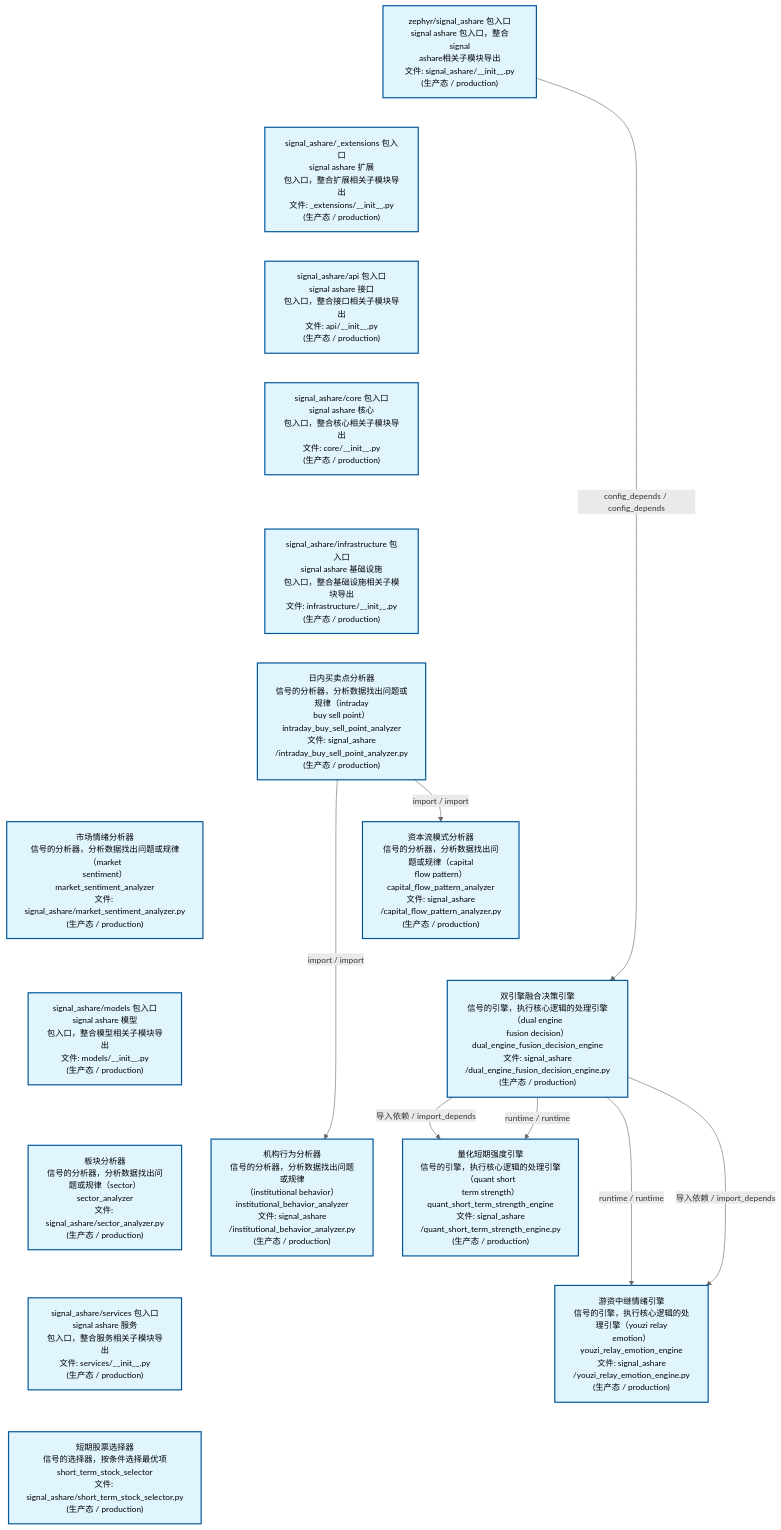
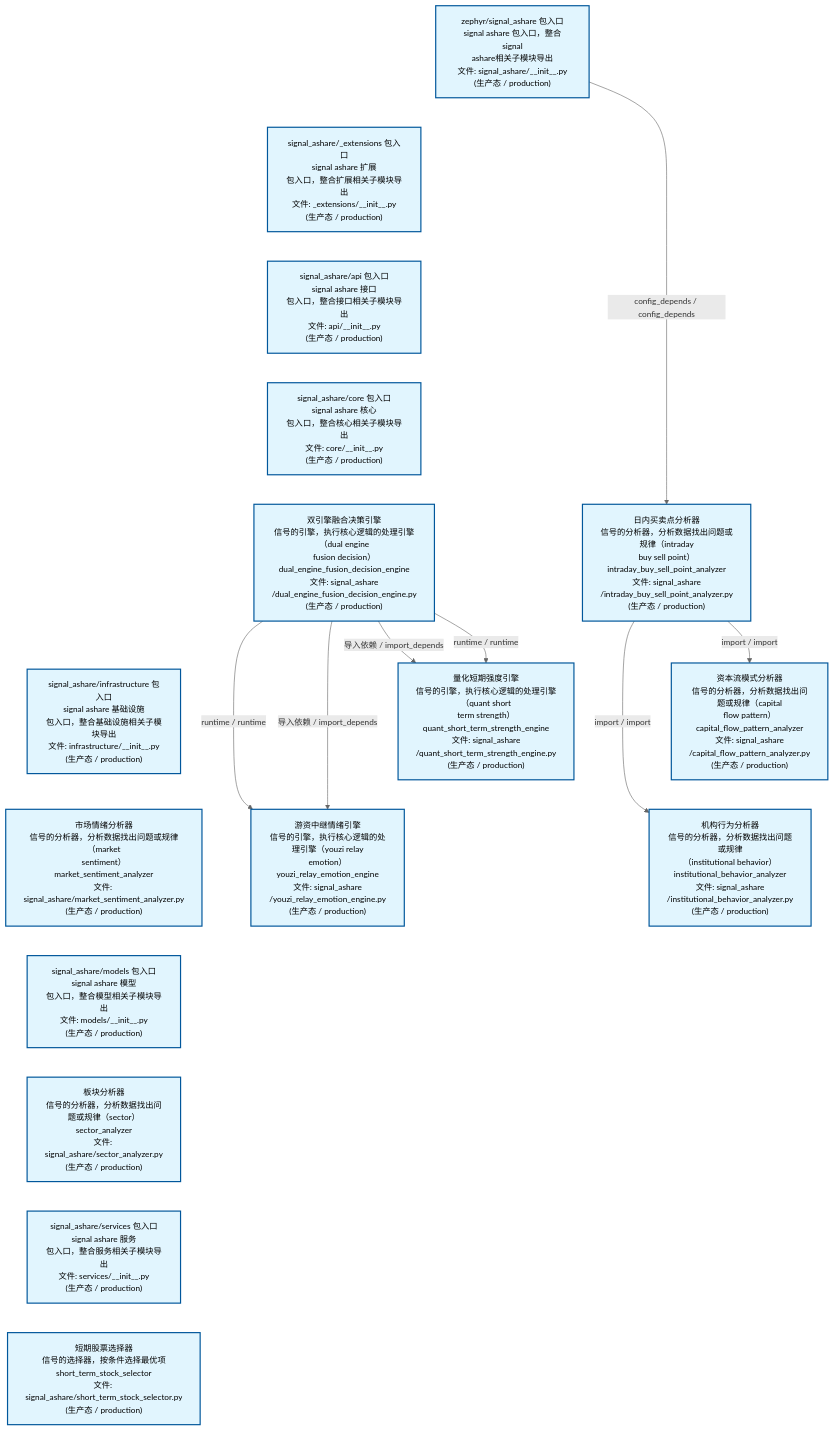
The second of 4 diagrams in docs/02_enterprise_architecture/02_domain_architecture_docs/32_d_ashare_signal.md (xuanFelixVan/ZephyrAlpha), drawn with Mermaid before and after one commit. The commit also changed other lines of this file and 43 other files, not shown here.

````diff
--- a/docs/02_enterprise_architecture/02_domain_architecture_docs/32_d_ashare_signal.md
+++ b/docs/02_enterprise_architecture/02_domain_architecture_docs/32_d_ashare_signal.md
@@ -111,45 +111,45 @@
 ```mermaid
 %%{init: {'theme': 'base', 'themeVariables': {'primaryColor': '#eaeaea', 'primaryTextColor': '#333333', 'primaryBorderColor': '#666666', 'lineColor': '#666666', 'secondaryColor': '#eaeaea', 'tertiaryColor': '#eaeaea', 'fontSize': '14px'}}}%%
 flowchart TD
     src_zephyr_signal_ashare_init_py["zephyr/signal_ashare 包入口<br/>signal ashare 包入口，整合signal<br/>ashare相关子模块导出<br/>文件: signal_ashare/__init__.py<br/>(生产态 / production)"]
     src_zephyr_signal_ashare_extensions_init_py["signal_ashare/_extensions 包入口<br/>signal ashare 扩展<br/>包入口，整合扩展相关子模块导出<br/>文件: _extensions/__init__.py<br/>(生产态 / production)"]
     src_zephyr_signal_ashare_api_init_py["signal_ashare/api 包入口<br/>signal ashare 接口<br/>包入口，整合接口相关子模块导出<br/>文件: api/__init__.py<br/>(生产态 / production)"]
     src_zephyr_signal_ashare_core_init_py["signal_ashare/core 包入口<br/>signal ashare 核心<br/>包入口，整合核心相关子模块导出<br/>文件: core/__init__.py<br/>(生产态 / production)"]
+    src_zephyr_signal_ashare_dual_engine_fusion_decision_engine_py["双引擎融合决策引擎<br/>信号的引擎，执行核心逻辑的处理引擎（dual engine<br/>fusion decision）<br/>dual_engine_fusion_decision_engine<br/>文件: signal_ashare<br/>/dual_engine_fusion_decision_engine.py<br/>(生产态 / production)"]
     src_zephyr_signal_ashare_infrastructure_init_py["signal_ashare/infrastructure 包入口<br/>signal ashare 基础设施<br/>包入口，整合基础设施相关子模块导出<br/>文件: infrastructure/__init__.py<br/>(生产态 / production)"]
-    src_zephyr_signal_ashare_intraday_buy_sell_point_analyzer_py["日内买卖点分析器<br/>信号的分析器，分析数据找出问题或规律（intraday<br/>buy sell point）<br/>intraday_buy_sell_point_analyzer<br/>文件: signal_ashare<br/>/intraday_buy_sell_point_analyzer.py<br/>(生产态 / production)"]
     src_zephyr_signal_ashare_market_sentiment_analyzer_py["市场情绪分析器<br/>信号的分析器，分析数据找出问题或规律（market<br/>sentiment）<br/>market_sentiment_analyzer<br/>文件: signal_ashare/market_sentiment_analyzer.py<br/>(生产态 / production)"]
     src_zephyr_signal_ashare_models_init_py["signal_ashare/models 包入口<br/>signal ashare 模型<br/>包入口，整合模型相关子模块导出<br/>文件: models/__init__.py<br/>(生产态 / production)"]
     src_zephyr_signal_ashare_sector_analyzer_py["板块分析器<br/>信号的分析器，分析数据找出问题或规律（sector）<br/>sector_analyzer<br/>文件: signal_ashare/sector_analyzer.py<br/>(生产态 / production)"]
     src_zephyr_signal_ashare_services_init_py["signal_ashare/services 包入口<br/>signal ashare 服务<br/>包入口，整合服务相关子模块导出<br/>文件: services/__init__.py<br/>(生产态 / production)"]
     src_zephyr_signal_ashare_short_term_stock_selector_py["短期股票选择器<br/>信号的选择器，按条件选择最优项<br/>short_term_stock_selector<br/>文件: signal_ashare/short_term_stock_selector.py<br/>(生产态 / production)"]
     src_zephyr_signal_ashare_init_py ~~~ src_zephyr_signal_ashare_extensions_init_py
     src_zephyr_signal_ashare_extensions_init_py ~~~ src_zephyr_signal_ashare_api_init_py
     src_zephyr_signal_ashare_api_init_py ~~~ src_zephyr_signal_ashare_core_init_py
-    src_zephyr_signal_ashare_core_init_py ~~~ src_zephyr_signal_ashare_infrastructure_init_py
-    src_zephyr_signal_ashare_infrastructure_init_py ~~~ src_zephyr_signal_ashare_intraday_buy_sell_point_analyzer_py
-    src_zephyr_signal_ashare_intraday_buy_sell_point_analyzer_py ~~~ src_zephyr_signal_ashare_market_sentiment_analyzer_py
+    src_zephyr_signal_ashare_core_init_py ~~~ src_zephyr_signal_ashare_dual_engine_fusion_decision_engine_py
+    src_zephyr_signal_ashare_dual_engine_fusion_decision_engine_py ~~~ src_zephyr_signal_ashare_infrastructure_init_py
+    src_zephyr_signal_ashare_infrastructure_init_py ~~~ src_zephyr_signal_ashare_market_sentiment_analyzer_py
     src_zephyr_signal_ashare_market_sentiment_analyzer_py ~~~ src_zephyr_signal_ashare_models_init_py
     src_zephyr_signal_ashare_models_init_py ~~~ src_zephyr_signal_ashare_sector_analyzer_py
     src_zephyr_signal_ashare_sector_analyzer_py ~~~ src_zephyr_signal_ashare_services_init_py
     src_zephyr_signal_ashare_services_init_py ~~~ src_zephyr_signal_ashare_short_term_stock_selector_py
-    src_zephyr_signal_ashare_capital_flow_pattern_analyzer_py["资本流模式分析器<br/>信号的分析器，分析数据找出问题或规律（capital<br/>flow pattern）<br/>capital_flow_pattern_analyzer<br/>文件: signal_ashare<br/>/capital_flow_pattern_analyzer.py<br/>(生产态 / production)"]
-    src_zephyr_signal_ashare_dual_engine_fusion_decision_engine_py["双引擎融合决策引擎<br/>信号的引擎，执行核心逻辑的处理引擎（dual engine<br/>fusion decision）<br/>dual_engine_fusion_decision_engine<br/>文件: signal_ashare<br/>/dual_engine_fusion_decision_engine.py<br/>(生产态 / production)"]
-    src_zephyr_signal_ashare_institutional_behavior_analyzer_py["机构行为分析器<br/>信号的分析器，分析数据找出问题或规律<br/>（institutional behavior）<br/>institutional_behavior_analyzer<br/>文件: signal_ashare<br/>/institutional_behavior_analyzer.py<br/>(生产态 / production)"]
-    src_zephyr_signal_ashare_capital_flow_pattern_analyzer_py ~~~ src_zephyr_signal_ashare_dual_engine_fusion_decision_engine_py
-    src_zephyr_signal_ashare_dual_engine_fusion_decision_engine_py ~~~ src_zephyr_signal_ashare_institutional_behavior_analyzer_py
+    src_zephyr_signal_ashare_intraday_buy_sell_point_analyzer_py["日内买卖点分析器<br/>信号的分析器，分析数据找出问题或规律（intraday<br/>buy sell point）<br/>intraday_buy_sell_point_analyzer<br/>文件: signal_ashare<br/>/intraday_buy_sell_point_analyzer.py<br/>(生产态 / production)"]
     src_zephyr_signal_ashare_quant_short_term_strength_engine_py["量化短期强度引擎<br/>信号的引擎，执行核心逻辑的处理引擎（quant short<br/>term strength）<br/>quant_short_term_strength_engine<br/>文件: signal_ashare<br/>/quant_short_term_strength_engine.py<br/>(生产态 / production)"]
     src_zephyr_signal_ashare_youzi_relay_emotion_engine_py["游资中继情绪引擎<br/>信号的引擎，执行核心逻辑的处理引擎（youzi relay<br/>emotion）<br/>youzi_relay_emotion_engine<br/>文件: signal_ashare<br/>/youzi_relay_emotion_engine.py<br/>(生产态 / production)"]
+    src_zephyr_signal_ashare_intraday_buy_sell_point_analyzer_py ~~~ src_zephyr_signal_ashare_quant_short_term_strength_engine_py
     src_zephyr_signal_ashare_quant_short_term_strength_engine_py ~~~ src_zephyr_signal_ashare_youzi_relay_emotion_engine_py
+    src_zephyr_signal_ashare_capital_flow_pattern_analyzer_py["资本流模式分析器<br/>信号的分析器，分析数据找出问题或规律（capital<br/>flow pattern）<br/>capital_flow_pattern_analyzer<br/>文件: signal_ashare<br/>/capital_flow_pattern_analyzer.py<br/>(生产态 / production)"]
+    src_zephyr_signal_ashare_institutional_behavior_analyzer_py["机构行为分析器<br/>信号的分析器，分析数据找出问题或规律<br/>（institutional behavior）<br/>institutional_behavior_analyzer<br/>文件: signal_ashare<br/>/institutional_behavior_analyzer.py<br/>(生产态 / production)"]
+    src_zephyr_signal_ashare_capital_flow_pattern_analyzer_py ~~~ src_zephyr_signal_ashare_institutional_behavior_analyzer_py
+    src_zephyr_signal_ashare_intraday_buy_sell_point_analyzer_py -->|import / import| src_zephyr_signal_ashare_institutional_behavior_analyzer_py
+    src_zephyr_signal_ashare_intraday_buy_sell_point_analyzer_py -->|import / import| src_zephyr_signal_ashare_capital_flow_pattern_analyzer_py
+    src_zephyr_signal_ashare_dual_engine_fusion_decision_engine_py -->|runtime / runtime| src_zephyr_signal_ashare_quant_short_term_strength_engine_py
+    src_zephyr_signal_ashare_dual_engine_fusion_decision_engine_py -->|导入依赖 / import_depends| src_zephyr_signal_ashare_quant_short_term_strength_engine_py
+    src_zephyr_signal_ashare_dual_engine_fusion_decision_engine_py -->|导入依赖 / import_depends| src_zephyr_signal_ashare_youzi_relay_emotion_engine_py
     src_zephyr_signal_ashare_dual_engine_fusion_decision_engine_py -->|runtime / runtime| src_zephyr_signal_ashare_youzi_relay_emotion_engine_py
-    src_zephyr_signal_ashare_dual_engine_fusion_decision_engine_py -->|导入依赖 / import_depends| src_zephyr_signal_ashare_youzi_relay_emotion_engine_py
-    src_zephyr_signal_ashare_dual_engine_fusion_decision_engine_py -->|导入依赖 / import_depends| src_zephyr_signal_ashare_quant_short_term_strength_engine_py
-    src_zephyr_signal_ashare_dual_engine_fusion_decision_engine_py -->|runtime / runtime| src_zephyr_signal_ashare_quant_short_term_strength_engine_py
-    src_zephyr_signal_ashare_intraday_buy_sell_point_analyzer_py -->|import / import| src_zephyr_signal_ashare_capital_flow_pattern_analyzer_py
-    src_zephyr_signal_ashare_intraday_buy_sell_point_analyzer_py -->|import / import| src_zephyr_signal_ashare_institutional_behavior_analyzer_py
-    src_zephyr_signal_ashare_init_py -->|config_depends / config_depends| src_zephyr_signal_ashare_dual_engine_fusion_decision_engine_py
+    src_zephyr_signal_ashare_init_py -->|config_depends / config_depends| src_zephyr_signal_ashare_intraday_buy_sell_point_analyzer_py
     classDef production fill:#e1f5fe,stroke:#01579b,stroke-width:2px,color:#000
     classDef design fill:#fff3e0,stroke:#e65100,stroke-width:2px,color:#000,stroke-dasharray: 5 5
     classDef external_prod fill:#e8f4fd,stroke:#0277bd,stroke-width:1px,color:#000
     classDef external_design fill:#fff8e7,stroke:#ef6c00,stroke-width:1px,color:#000,stroke-dasharray: 5 5
     class src_zephyr_signal_ashare_init_py,src_zephyr_signal_ashare_extensions_init_py,src_zephyr_signal_ashare_api_init_py,src_zephyr_signal_ashare_capital_flow_pattern_analyzer_py,src_zephyr_signal_ashare_core_init_py,src_zephyr_signal_ashare_dual_engine_fusion_decision_engine_py,src_zephyr_signal_ashare_infrastructure_init_py,src_zephyr_signal_ashare_institutional_behavior_analyzer_py,src_zephyr_signal_ashare_intraday_buy_sell_point_analyzer_py,src_zephyr_signal_ashare_market_sentiment_analyzer_py,src_zephyr_signal_ashare_models_init_py,src_zephyr_signal_ashare_quant_short_term_strength_engine_py,src_zephyr_signal_ashare_sector_analyzer_py,src_zephyr_signal_ashare_services_init_py,src_zephyr_signal_ashare_short_term_stock_selector_py,src_zephyr_signal_ashare_youzi_relay_emotion_engine_py production
 ```
````
